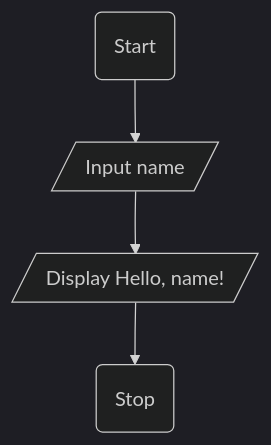
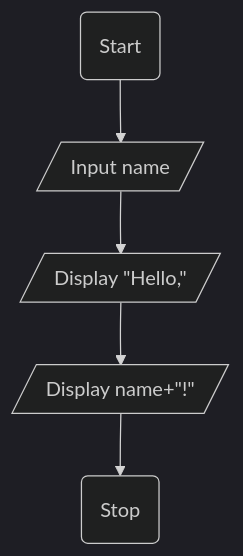
The first of 8 diagrams in README.md (jayani-athukorala/java-fundamentals-exercise), drawn with Mermaid (dark theme) before and after one commit. The commit also changed other lines of this file, not shown here.

````diff
--- a/README.md
+++ b/README.md
@@ -52,6 +53,7 @@
 ```mermaid
 flowchart TD
     A(Start) --> B[/Input name/]
-    B --> C[/Display Hello, name!/]
-    C --> D(Stop)
+    B --> C[/Display "Hello,"/]
+    C --> D[/Display name+"!"/]
+    D --> E(Stop)
 ```
````
